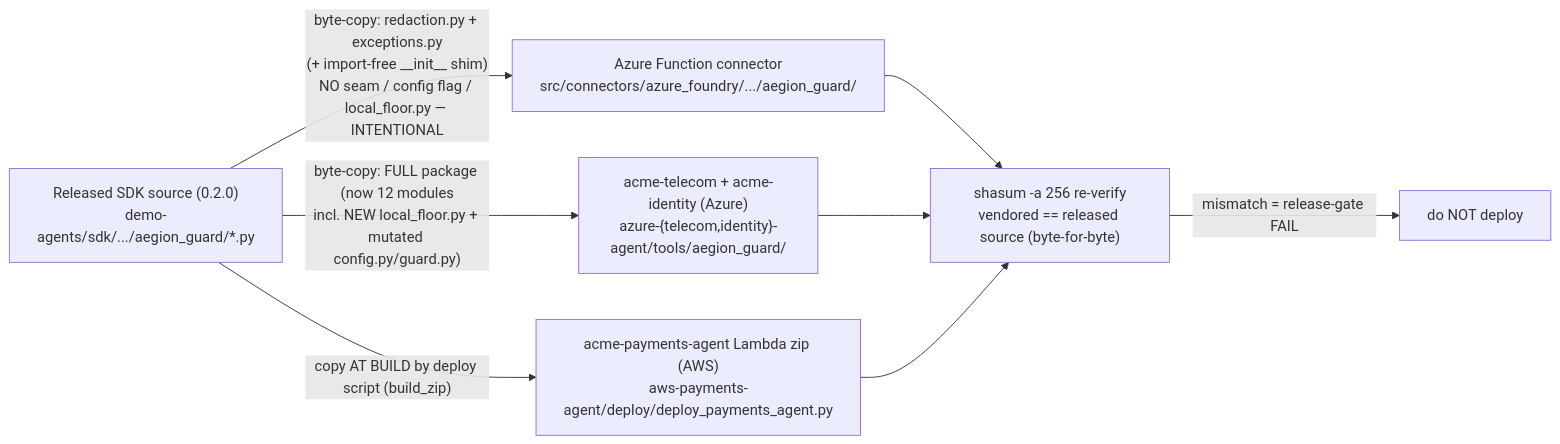
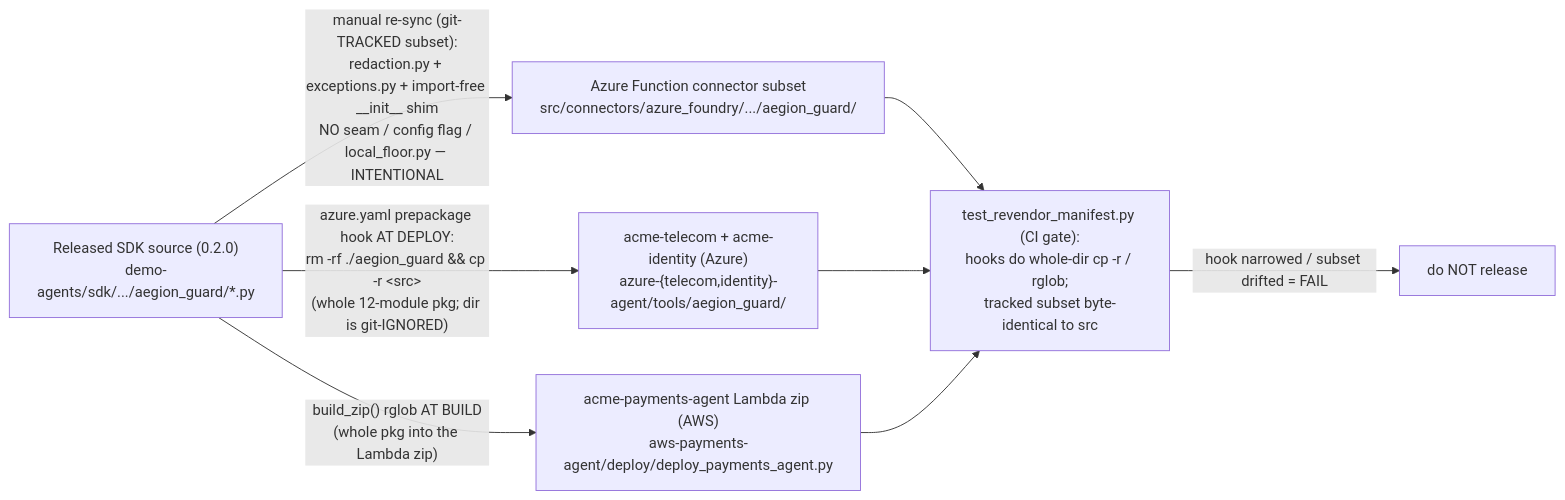
Before and after one commit to shashank31mar/Sentra: the second of 2 diagrams in lld/36-sdk-release-and-local-floor-seam.md, drawn with Mermaid. The commit also changed other lines of this file and 2 other files, not shown here.

````diff
--- a/lld/36-sdk-release-and-local-floor-seam.md
+++ b/lld/36-sdk-release-and-local-floor-seam.md
@@ -296,11 +296,11 @@
 ```mermaid
 flowchart LR
   SRC["Released SDK source (0.2.0)<br/>demo-agents/sdk/.../aegion_guard/*.py"]
-  SRC -->|"byte-copy: redaction.py + exceptions.py<br/>(+ import-free __init__ shim)<br/>NO seam / config flag / local_floor.py — INTENTIONAL"| AZ["Azure Function connector<br/>src/connectors/azure_foundry/.../aegion_guard/"]
-  SRC -->|"byte-copy: FULL package (now 12 modules<br/>incl. NEW local_floor.py + mutated config.py/guard.py)"| DEMO["acme-telecom + acme-identity (Azure)<br/>azure-{telecom,identity}-agent/tools/aegion_guard/"]
-  SRC -->|"copy AT BUILD by deploy script (build_zip)"| PAY["acme-payments-agent Lambda zip (AWS)<br/>aws-payments-agent/deploy/deploy_payments_agent.py"]
-  AZ --> V["shasum -a 256 re-verify<br/>vendored == released source (byte-for-byte)"]
+  SRC -->|"manual re-sync (git-TRACKED subset):<br/>redaction.py + exceptions.py + import-free __init__ shim<br/>NO seam / config flag / local_floor.py — INTENTIONAL"| AZ["Azure Function connector subset<br/>src/connectors/azure_foundry/.../aegion_guard/"]
+  SRC -->|"azure.yaml prepackage hook AT DEPLOY:<br/>rm -rf ./aegion_guard && cp -r &lt;src&gt;<br/>(whole 12-module pkg; dir is git-IGNORED)"| DEMO["acme-telecom + acme-identity (Azure)<br/>azure-{telecom,identity}-agent/tools/aegion_guard/"]
+  SRC -->|"build_zip() rglob AT BUILD<br/>(whole pkg into the Lambda zip)"| PAY["acme-payments-agent Lambda zip (AWS)<br/>aws-payments-agent/deploy/deploy_payments_agent.py"]
+  AZ --> V["test_revendor_manifest.py (CI gate):<br/>hooks do whole-dir cp -r / rglob;<br/>tracked subset byte-identical to src"]
   DEMO --> V
   PAY --> V
-  V -->|"mismatch = release-gate FAIL"| STOP["do NOT deploy"]
+  V -->|"hook narrowed / subset drifted = FAIL"| STOP["do NOT release"]
 ```
````
